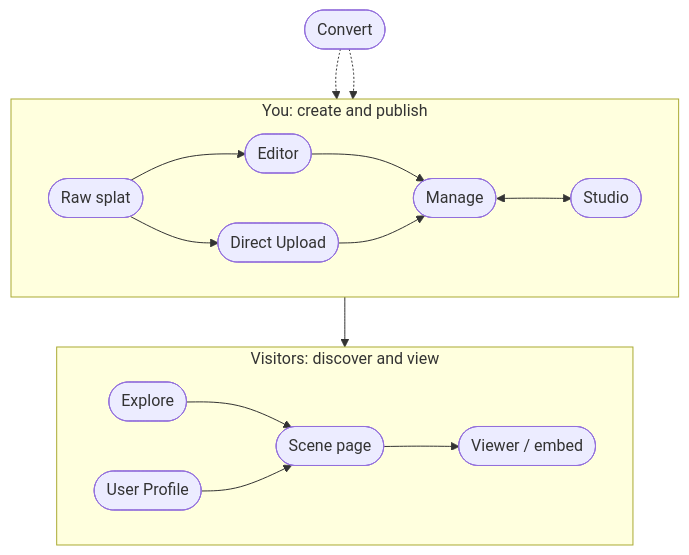
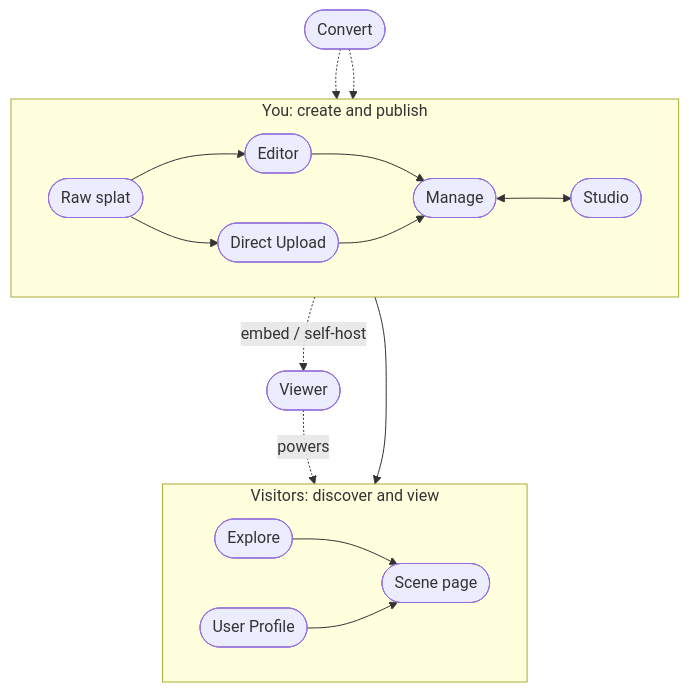
Before and after one commit to playcanvas/developer-site: the diagram in docs/user-manual/supersplat/index.md, drawn with Mermaid. The commit also changed 1 other file, not shown here.

Commit message:
Fix Viewer relationship in overview diagram
The Viewer isn't a destination reached from the Scene page — it's the
renderer that powers the Scene page (and is embeddable/self-hostable).
Replace scene --> viewer with: Viewer -.->|powers| Scene page, and
Manage -.->|embed / self-host| Viewer. EN + JA.

````diff
--- a/docs/user-manual/supersplat/index.md
+++ b/docs/user-manual/supersplat/index.md
@@ -10,23 +10,24 @@
 ```mermaid
 flowchart TB
     subgraph you [You: create and publish]
         direction LR
         raw([Raw splat]) --> editor([Editor])
         raw --> upload([Direct Upload])
         editor --> manage([Manage])
         upload --> manage
         manage <--> studio([Studio])
     end
 
     manage --> scene([Scene page])
+    manage -.->|embed / self-host| viewer([Viewer])
+    viewer -.->|powers| scene
 
     subgraph visitors [Visitors: discover and view]
         direction LR
         explore([Explore]) --> scene
         profile([User Profile]) --> scene
-        scene --> viewer([Viewer / embed])
     end
 
     convert([Convert]) -.-> editor
     convert -.-> upload
 ```
````
